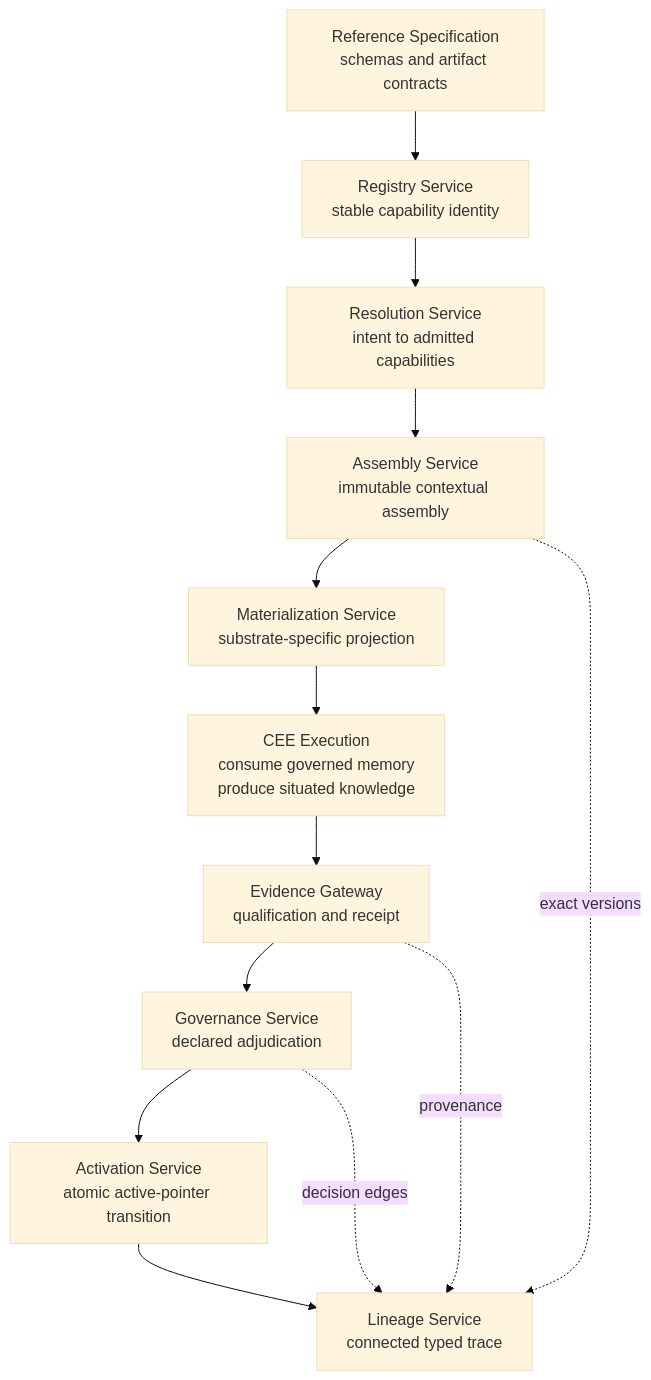
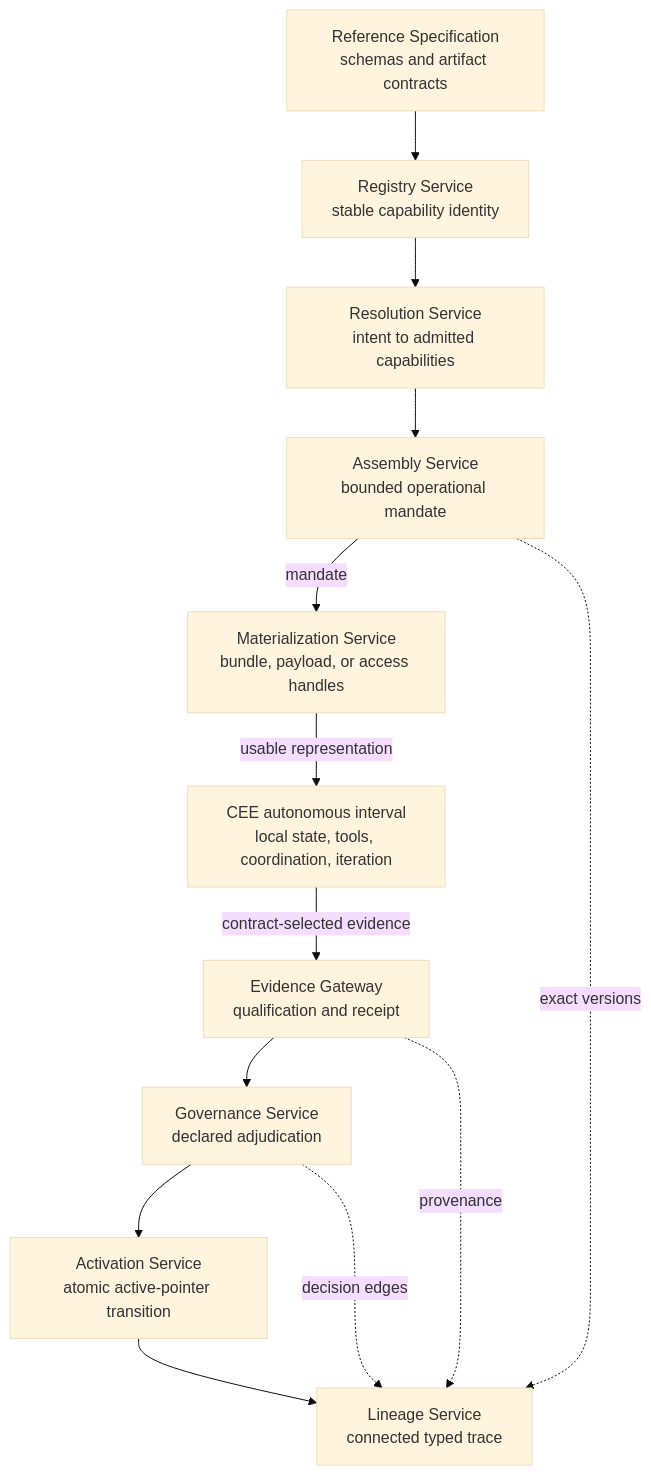
Before and after one commit to mgarralda/knowledge-centric-ai: the diagram in papers/institutional-capability-lineages/reference-implementation/ARCHITECTURE.md, drawn with Mermaid (base theme). The commit also changed other lines of this file and 34 other files, not shown here.

````diff
--- a/papers/institutional-capability-lineages/reference-implementation/ARCHITECTURE.md
+++ b/papers/institutional-capability-lineages/reference-implementation/ARCHITECTURE.md
@@ -18,27 +18,27 @@
 ```mermaid
 flowchart TD
     SPEC["Reference Specification<br/>schemas and artifact contracts"]
     REG["Registry Service<br/>stable capability identity"]
     RES["Resolution Service<br/>intent to admitted capabilities"]
-    ASM["Assembly Service<br/>immutable contextual assembly"]
-    MAT["Materialization Service<br/>substrate-specific projection"]
-    CEE["CEE Execution<br/>consume governed memory<br/>produce situated knowledge"]
+    ASM["Assembly Service<br/>bounded operational mandate"]
+    MAT["Materialization Service<br/>bundle, payload, or access handles"]
+    CEE["CEE autonomous interval<br/>local state, tools, coordination, iteration"]
     EVD["Evidence Gateway<br/>qualification and receipt"]
     GOV["Governance Service<br/>declared adjudication"]
     ACT["Activation Service<br/>atomic active-pointer transition"]
     LIN["Lineage Service<br/>connected typed trace"]
 
     SPEC --> REG
     REG --> RES
     RES --> ASM
-    ASM --> MAT
-    MAT --> CEE
-    CEE --> EVD
+    ASM -->|"mandate"| MAT
+    MAT -->|"usable representation"| CEE
+    CEE -->|"contract-selected evidence"| EVD
     EVD --> GOV
     GOV --> ACT
     ACT --> LIN
 
     ASM -. "exact versions" .-> LIN
     EVD -. "provenance" .-> LIN
     GOV -. "decision edges" .-> LIN
 ```
````
